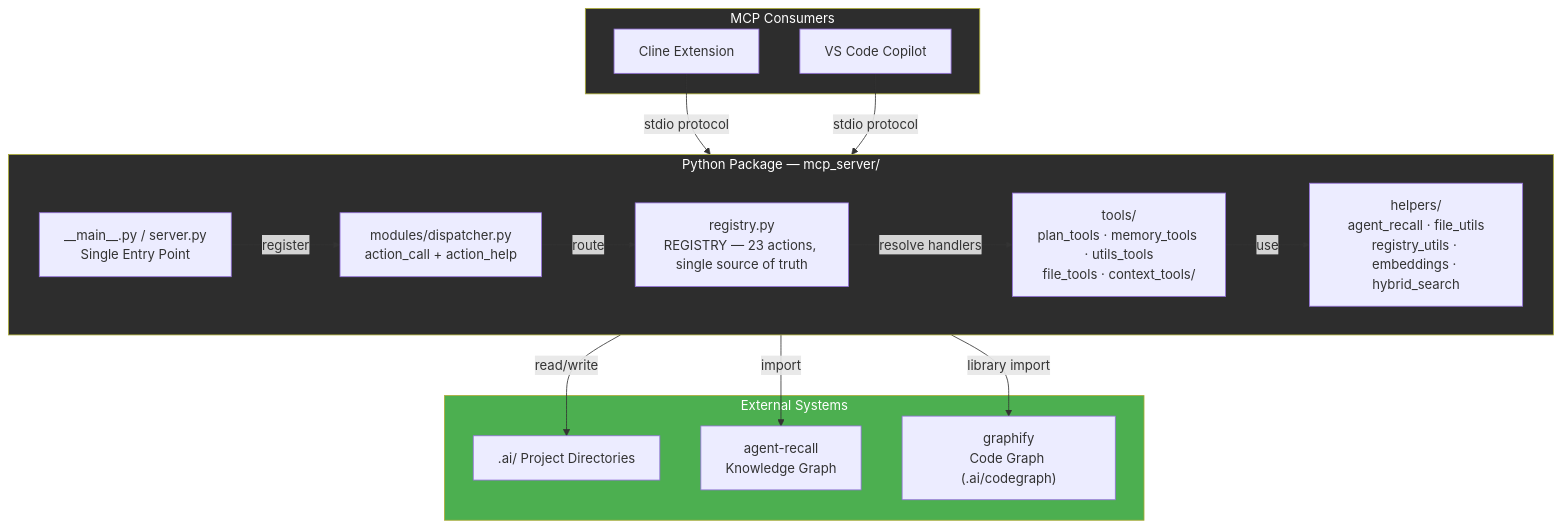
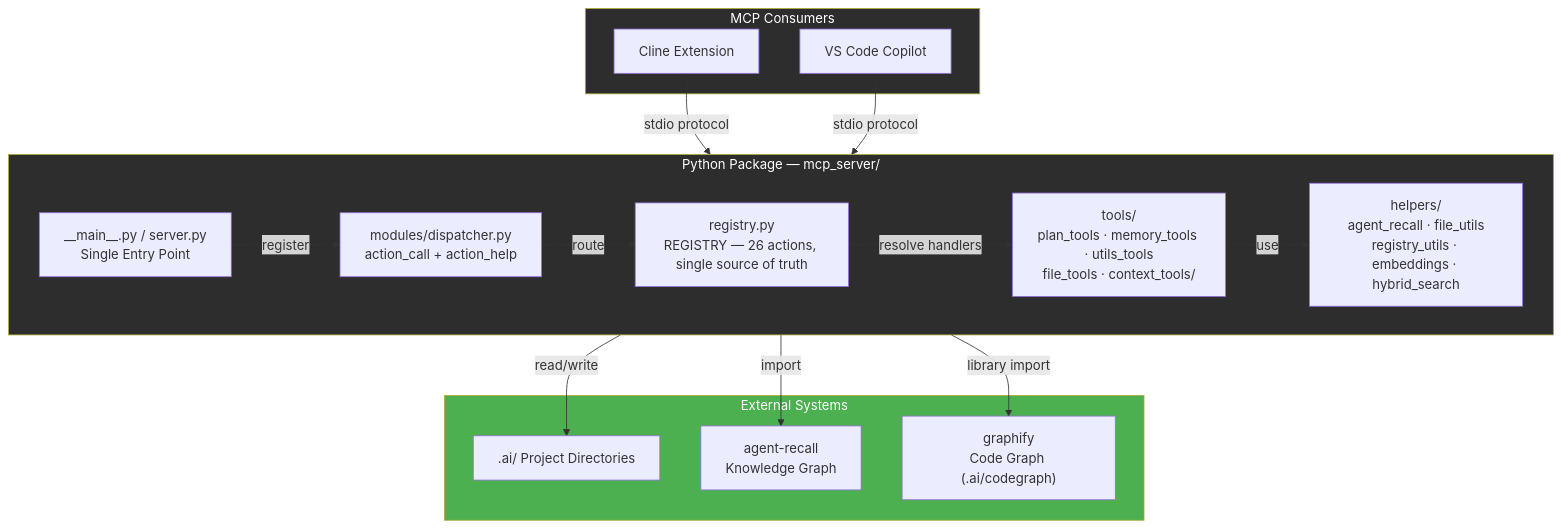
Before and after one commit to awsomplak/awlab-ai-assistant: the first of 2 diagrams in src/mcp_server/README.md, drawn with Mermaid. The commit also changed other lines of this file and 11 other files, not shown here.

````diff
--- a/src/mcp_server/README.md
+++ b/src/mcp_server/README.md
@@ -22,35 +22,35 @@
 ```mermaid
 graph TB
   subgraph SERVER["Python Package — mcp_server/"]
     direction LR
     MAIN["__main__.py / server.py<br/>Single Entry Point"]
     DISP["modules/dispatcher.py<br/>action_call + action_help"]
-    REG["registry.py<br/>REGISTRY — 23 actions, single source of truth"]
+    REG["registry.py<br/>REGISTRY — 26 actions, single source of truth"]
     TOOLS["tools/<br/>plan_tools · memory_tools · utils_tools<br/>file_tools · context_tools/"]
     HELPERS["helpers/<br/>agent_recall · file_utils<br/>registry_utils · embeddings · hybrid_search"]
   end
 
   subgraph CLIENTS["MCP Consumers"]
     CL["Cline Extension"]
     CP["VS Code Copilot"]
   end
 
   subgraph EXTERNAL["External Systems"]
     FS[".ai/ Project Directories"]
     AG["agent-recall<br/>Knowledge Graph"]
     CG["graphify<br/>Code Graph (.ai/codegraph)"]
   end
 
   CL & CP -->|"stdio protocol"| MAIN
   MAIN -->|"register"| DISP
   DISP -->|"route"| REG
   REG -->|"resolve handlers"| TOOLS
   TOOLS -->|"use"| HELPERS
   HELPERS -->|"read/write"| FS
   HELPERS -->|"import"| AG
   HELPERS -->|"library import"| CG
 
   style SERVER fill:#2d2d2d,color:#fff
   style CLIENTS fill:#2d2d2d,color:#fff
   style EXTERNAL fill:#4caf50,color:#fff
 ```
````
